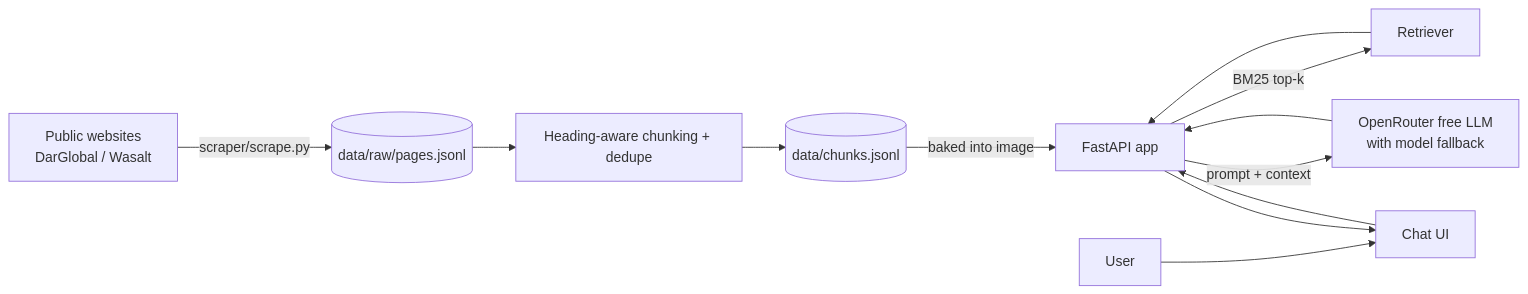
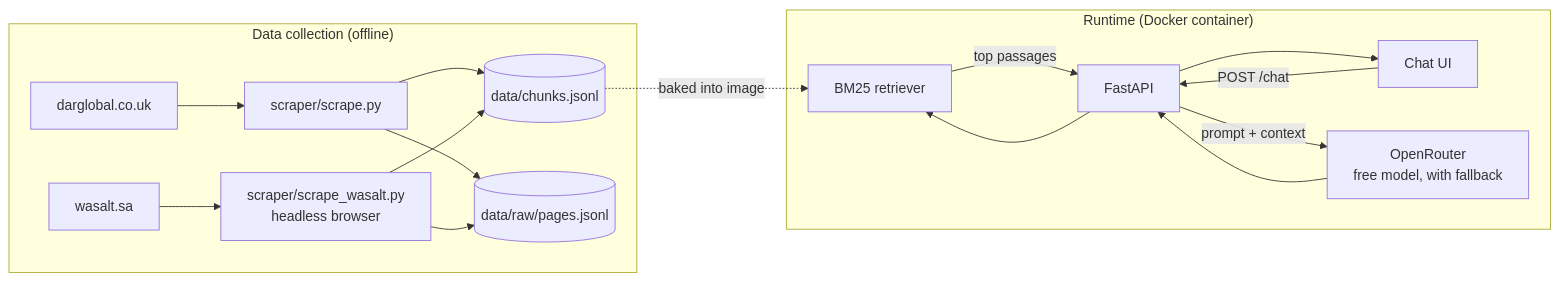
One commit to BALASAI77/DarGlobal_Wasalt_Chatbot changed the diagram in README.md. Above: the diagram before and after it, drawn with Mermaid. The commit also changed other lines of this file, not shown here.

````diff
--- a/README.md
+++ b/README.md
@@ -9,12 +23,19 @@
 ```mermaid
 flowchart LR
-  A[Public websites<br/>DarGlobal / Wasalt] -->|scraper/scrape.py| B[(data/raw/pages.jsonl)]
-  B --> C[Heading-aware chunking + dedupe]
-  C --> D[(data/chunks.jsonl)]
-  D -->|baked into image| E[FastAPI app]
-  U[User] --> F[Chat UI] --> E
-  E -->|BM25 top-k| G[Retriever]
-  G --> E
-  E -->|prompt + context| H[OpenRouter free LLM<br/>with model fallback]
-  H --> E --> F
+  subgraph Collect["Data collection (offline)"]
+    A1[darglobal.co.uk] --> S1[scraper/scrape.py]
+    A2[wasalt.sa] --> S2[scraper/scrape_wasalt.py<br/>headless browser]
+    S1 --> C[(data/chunks.jsonl)]
+    S2 --> C
+    S1 --> R[(data/raw/pages.jsonl)]
+    S2 --> R
+  end
+  subgraph Serve["Runtime (Docker container)"]
+    UI[Chat UI] -->|POST /chat| API[FastAPI]
+    API --> RET[BM25 retriever]
+    C -. baked into image .-> RET
+    RET -->|top passages| API
+    API -->|prompt + context| LLM[OpenRouter<br/>free model, with fallback]
+    LLM --> API --> UI
+  end
 ```
````
